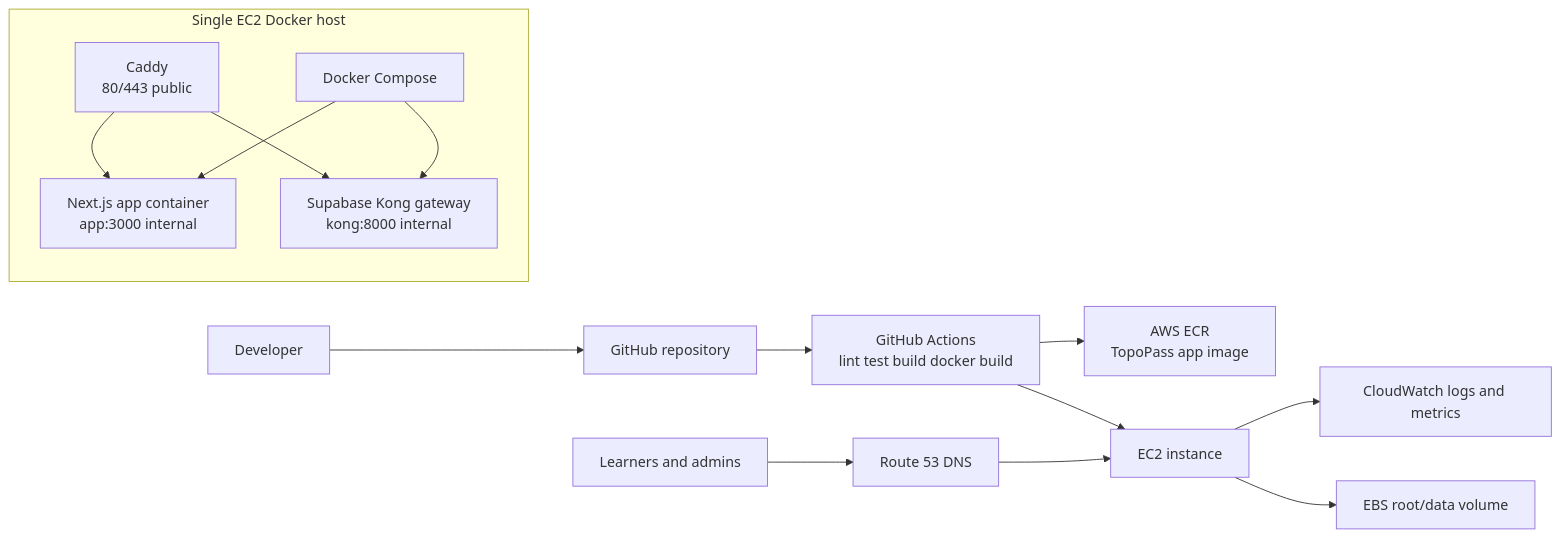
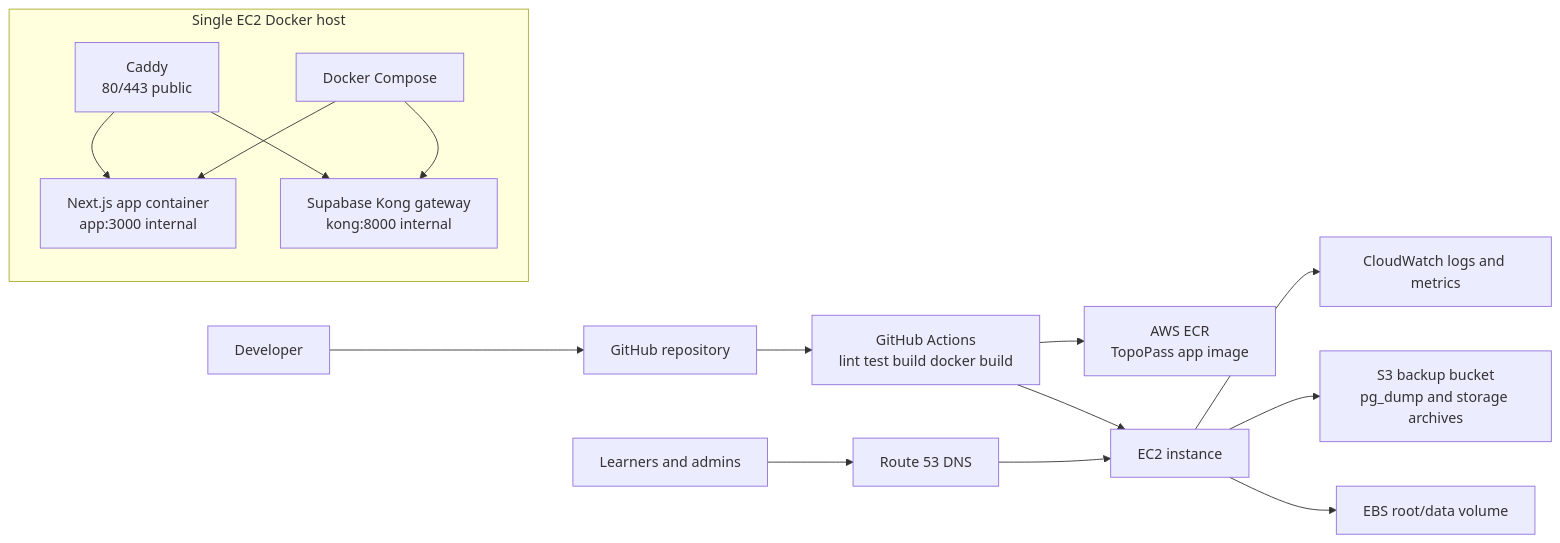
The diagram in docs/aws-ec2-devops-deployment.md (mapperguy2013/topopass), drawn with Mermaid before and after one commit. The commit also changed other lines of this file and 26 other files, not shown here.

````diff
--- a/docs/aws-ec2-devops-deployment.md
+++ b/docs/aws-ec2-devops-deployment.md
@@ -24,24 +25,25 @@
 ```mermaid
 flowchart LR
   dev[Developer] --> github[GitHub repository]
   github --> actions[GitHub Actions<br/>lint test build docker build]
   actions --> ecr[AWS ECR<br/>TopoPass app image]
 
   users[Learners and admins] --> route53[Route 53 DNS]
   route53 --> ec2[EC2 instance]
 
   subgraph host[Single EC2 Docker host]
     proxy[Caddy<br/>80/443 public]
     compose[Docker Compose]
     app[Next.js app container<br/>app:3000 internal]
     kong[Supabase Kong gateway<br/>kong:8000 internal]
     proxy --> app
     proxy --> kong
     compose --> app
     compose --> kong
   end
 
   ec2 --> cloudwatch[CloudWatch logs and metrics]
+  ec2 --> s3[S3 backup bucket<br/>pg_dump and storage archives]
   ec2 --> ebs[EBS root/data volume]
   actions --> ec2
 ```
````
